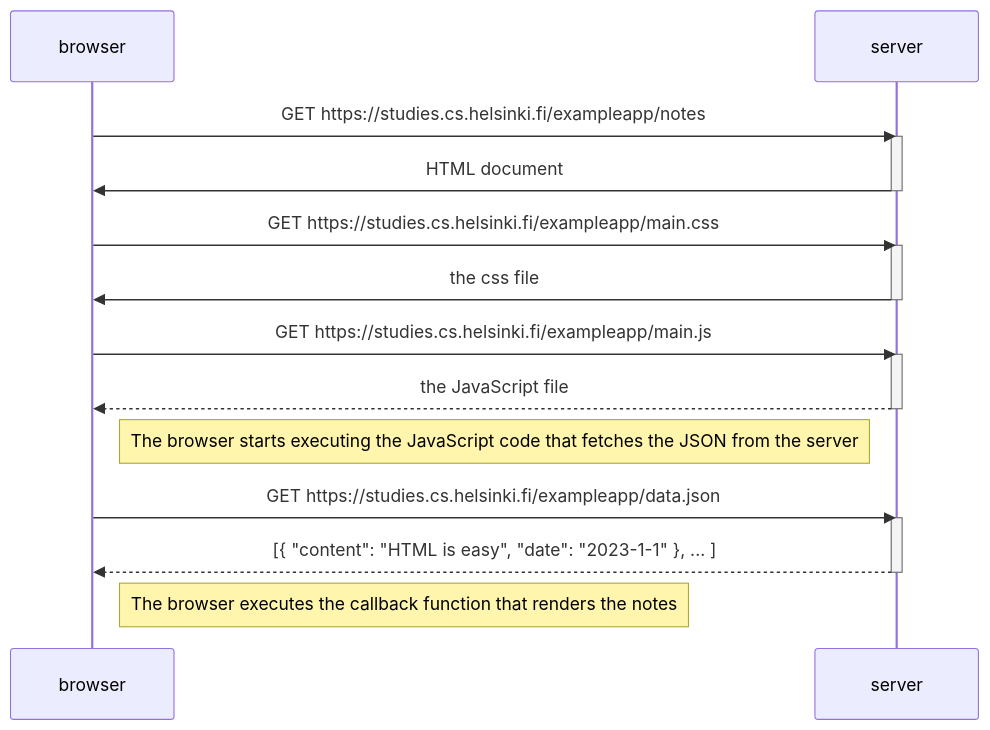
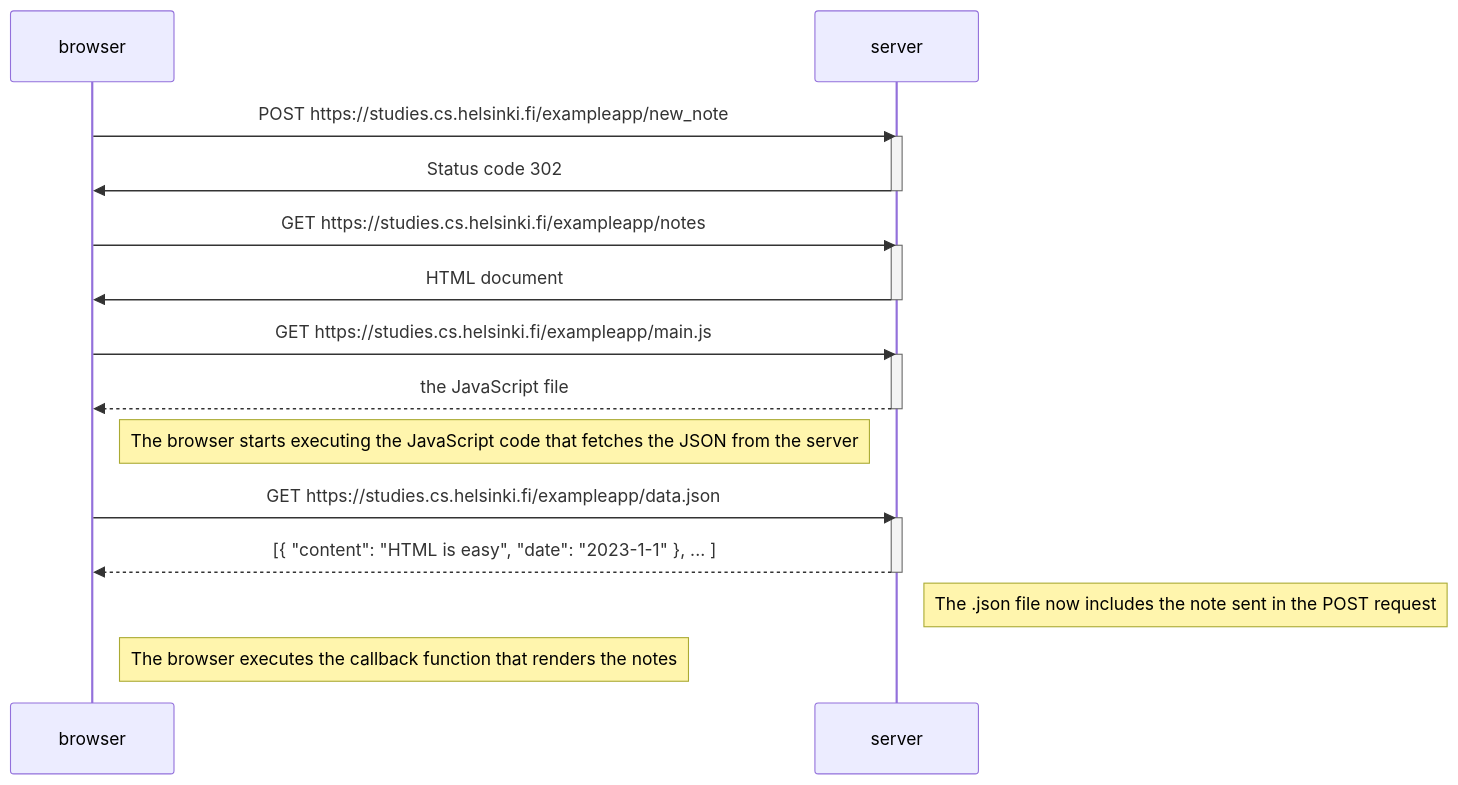
The diagram in 0.4: New note diagram.md (Mahmoudy96/fullstackopen-part0), drawn with Mermaid before and after one commit.

Commit message:
Update 0.4: New note diagram.md

````diff
--- a/0.4: New note diagram.md
+++ b/0.4: New note diagram.md
@@ -1,31 +1,31 @@
 ```mermaid
 sequenceDiagram
     participant browser
     participant server
 
+    browser->>server: POST https://studies.cs.helsinki.fi/exampleapp/new_note
+    activate server
+    server->>browser: Status code 302
+    deactivate server
+
     browser->>server: GET https://studies.cs.helsinki.fi/exampleapp/notes
     activate server
     server->>browser: HTML document
-    deactivate server
-
-    browser->>server: GET https://studies.cs.helsinki.fi/exampleapp/main.css
-    activate server
-    server->>browser: the css file
     deactivate server
 
     browser->>server: GET https://studies.cs.helsinki.fi/exampleapp/main.js
     activate server
     server-->>browser: the JavaScript file
     deactivate server
 
     Note right of browser: The browser starts executing the JavaScript code that fetches the JSON from the server
 
     browser->>server: GET https://studies.cs.helsinki.fi/exampleapp/data.json
     activate server
     server-->>browser: [{ "content": "HTML is easy", "date": "2023-1-1" }, ... ]
     deactivate server
-
+    Note right of server: The .json file now includes the note sent in the POST request
     Note right of browser: The browser executes the callback function that renders the notes
 
 
 ```
````
